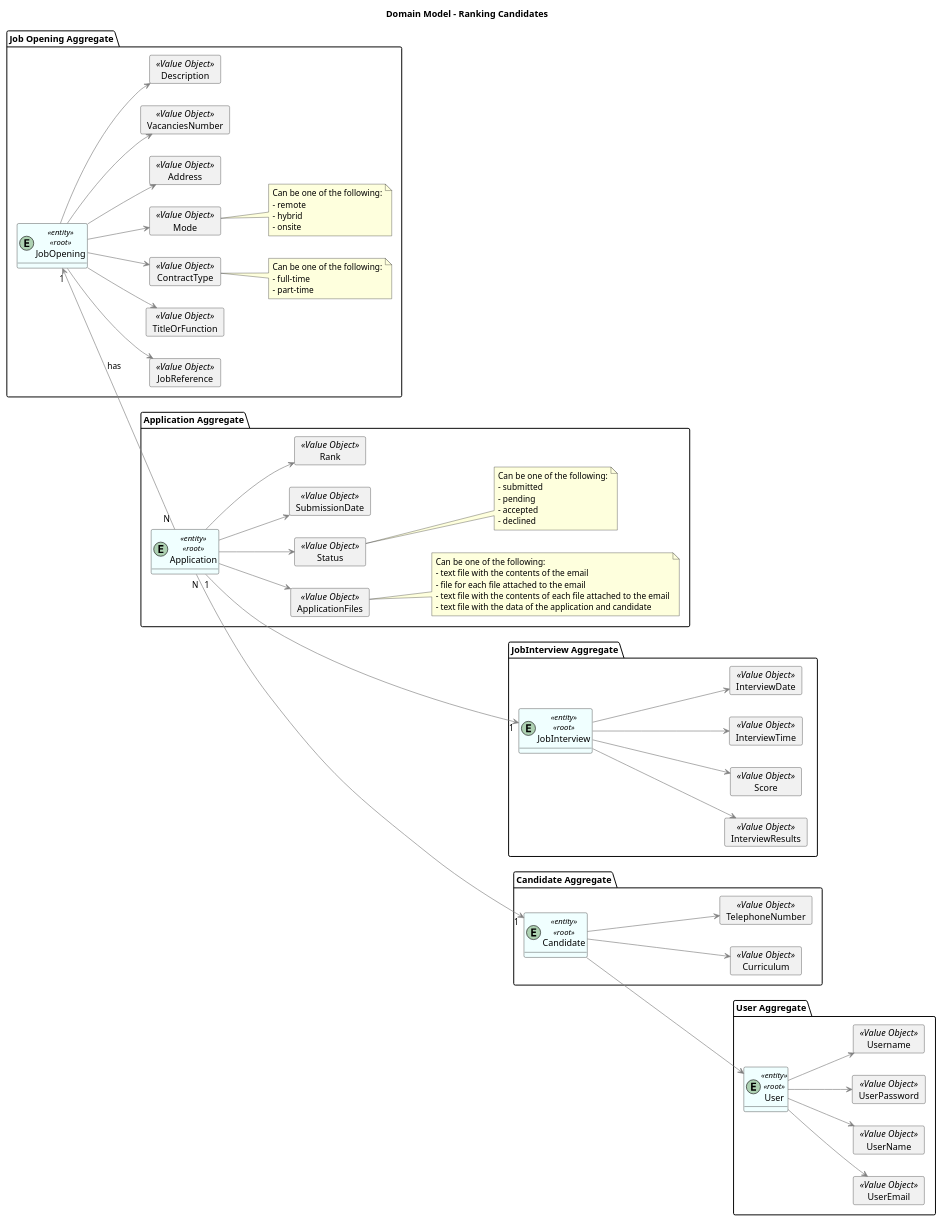
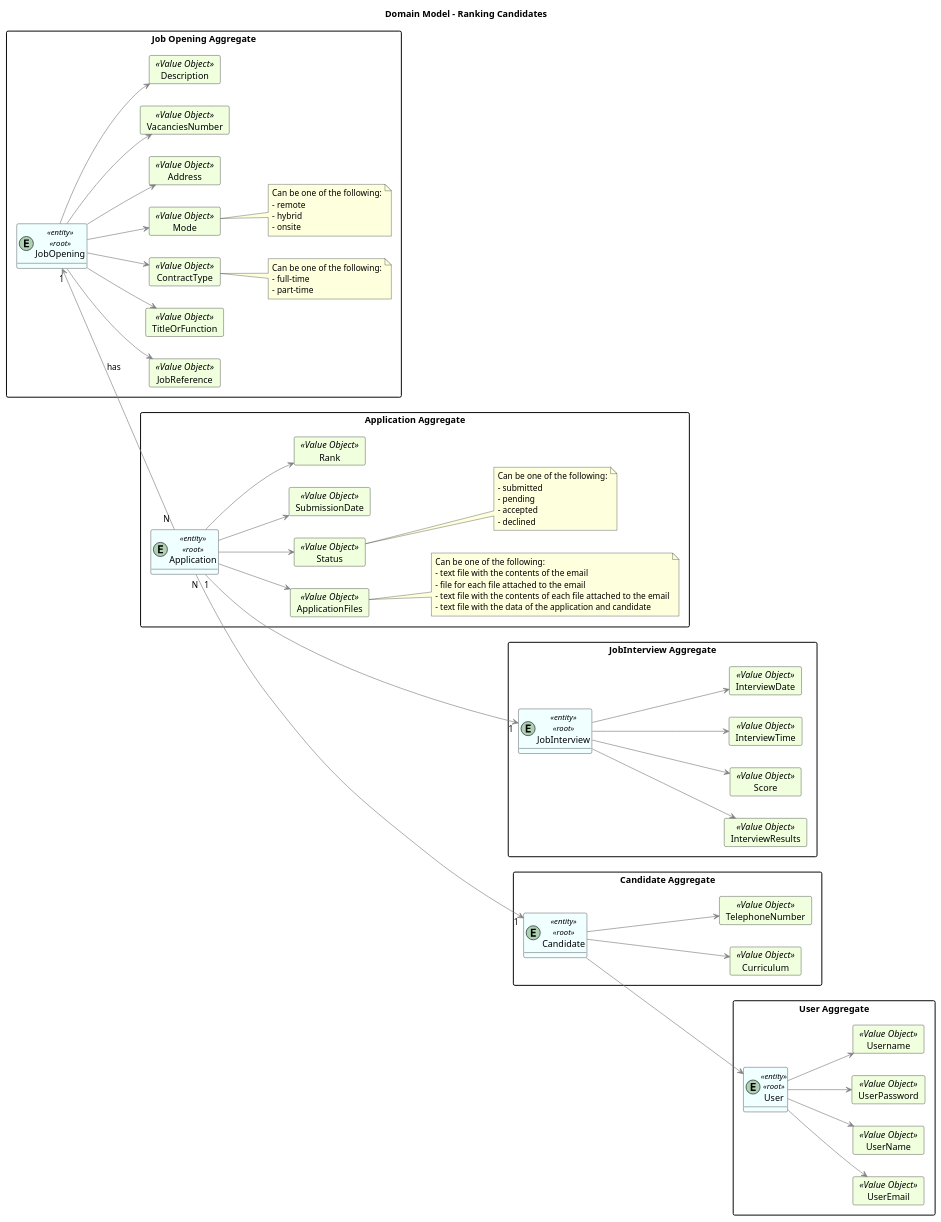
One commit to MiguelCardoso77/LAPR4 changed the diagram in docs/SprintC/rank-candidates-for-job-opening/domain-model.puml. Above: the diagram before and after it, drawn with PlantUML. The commit also changed 1 other file, not shown here.

```diff
--- a/docs/SprintC/rank-candidates-for-job-opening/domain-model.puml
+++ b/docs/SprintC/rank-candidates-for-job-opening/domain-model.puml
@@ -1,146 +1,156 @@
 @startuml
 hide methods
 left to right direction
 
 Title "Domain Model - Ranking Candidates"
 
 skinparam class {
     LifeLineBorderColor DarkBlue
     LifeLineBackgroundColor APPLICATION
     BackgroundColor #F0FFFF
     ArrowColor grey
     BorderColor black
+}
+
+skinparam packageStyle rectangle
+
+skinparam card {
+    LifeLineBorderColor Green
+    LifeLineBackgroundColor APPLICATION
+    BackgroundColor #F0FFDD
+    ArrowColor DarkGrey
+    BorderColor Black
 }
 
 package "Job Opening Aggregate"{
 entity JobOpening <<entity>><<root>>
 
     card JobReference <<Value Object>> {
     }
     card TitleOrFunction <<Value Object>> {
     }
     card ContractType <<Value Object>> {
     }
     card Mode <<Value Object>> {
     }
     card Address <<Value Object>> {
     }
     card VacanciesNumber <<Value Object>> {
     }
     card Description <<Value Object>> {
     }
 
     JobOpening --> JobReference
     JobOpening --> TitleOrFunction
     JobOpening --> ContractType
     JobOpening --> Mode
     JobOpening --> Address
     JobOpening --> VacanciesNumber
     JobOpening --> Description
 
     note right of ContractType
         Can be one of the following:
         - full-time
         - part-time
     end note
 
     note right of Mode
          Can be one of the following:
          - remote
          - hybrid
          - onsite
     end note
 
 }
 
 package "JobInterview Aggregate"{
 entity JobInterview <<entity>><<root>>
 
      card InterviewResults <<Value Object>> {
      }
      card Score <<Value Object>> {
      }
      card InterviewTime <<Value Object>> {
      }
      card InterviewDate <<Value Object>> {
      }
 
      JobInterview --> InterviewResults
      JobInterview --> Score
      JobInterview --> InterviewTime
      JobInterview --> InterviewDate
 
 }
 
 package "Application Aggregate"{
 entity Application <<entity>><<root>>
 
     card ApplicationFiles <<Value Object>>{
     }
     card Status <<Value Object>>{
     }
     card SubmissionDate <<Value Object>>{
     }
     card Rank <<Value Object>>{
     }
 
     Application --> ApplicationFiles
     Application --> Status
     Application --> SubmissionDate
     Application --> Rank
 
     note right of Status
         Can be one of the following:
         - submitted
         - pending
         - accepted
         - declined
     end note
 
     note right of ApplicationFiles
         Can be one of the following:
         - text file with the contents of the email
         - file for each file attached to the email
         - text file with the contents of each file attached to the email
         - text file with the data of the application and candidate
     end note
 
 }
 
 package "Candidate Aggregate"{
 entity Candidate <<entity>><<root>>
 
     card Curriculum <<Value Object>> {
     }
     card TelephoneNumber <<Value Object>>{
     }
 
     Candidate --> Curriculum
     Candidate --> TelephoneNumber
 }
 
 package "User Aggregate"{
 entity User <<entity>><<root>>
 
     card UserEmail <<Value Object>> {
     }
     card UserName <<Value Object>> {
     }
     card UserPassword <<Value Object>> {
     }
     card Username<<Value Object>> {
     }
 
     User --> UserEmail
     User --> UserName
     User --> Username
     User --> UserPassword
 
 }
 
 Application "1" ---> "1" JobInterview
 JobOpening "1" <-- "N " Application : has
 Application "N" ---> "1" Candidate
 Candidate --> User
 
 @enduml
```
